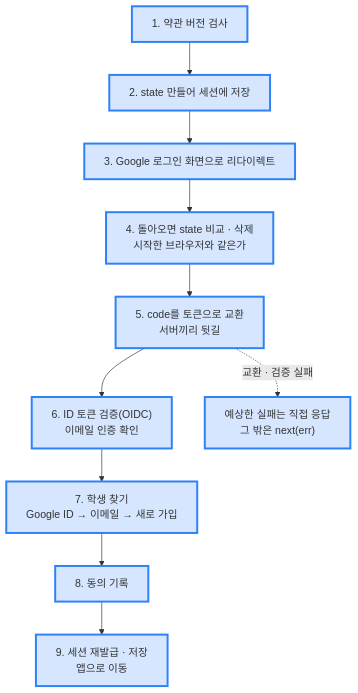
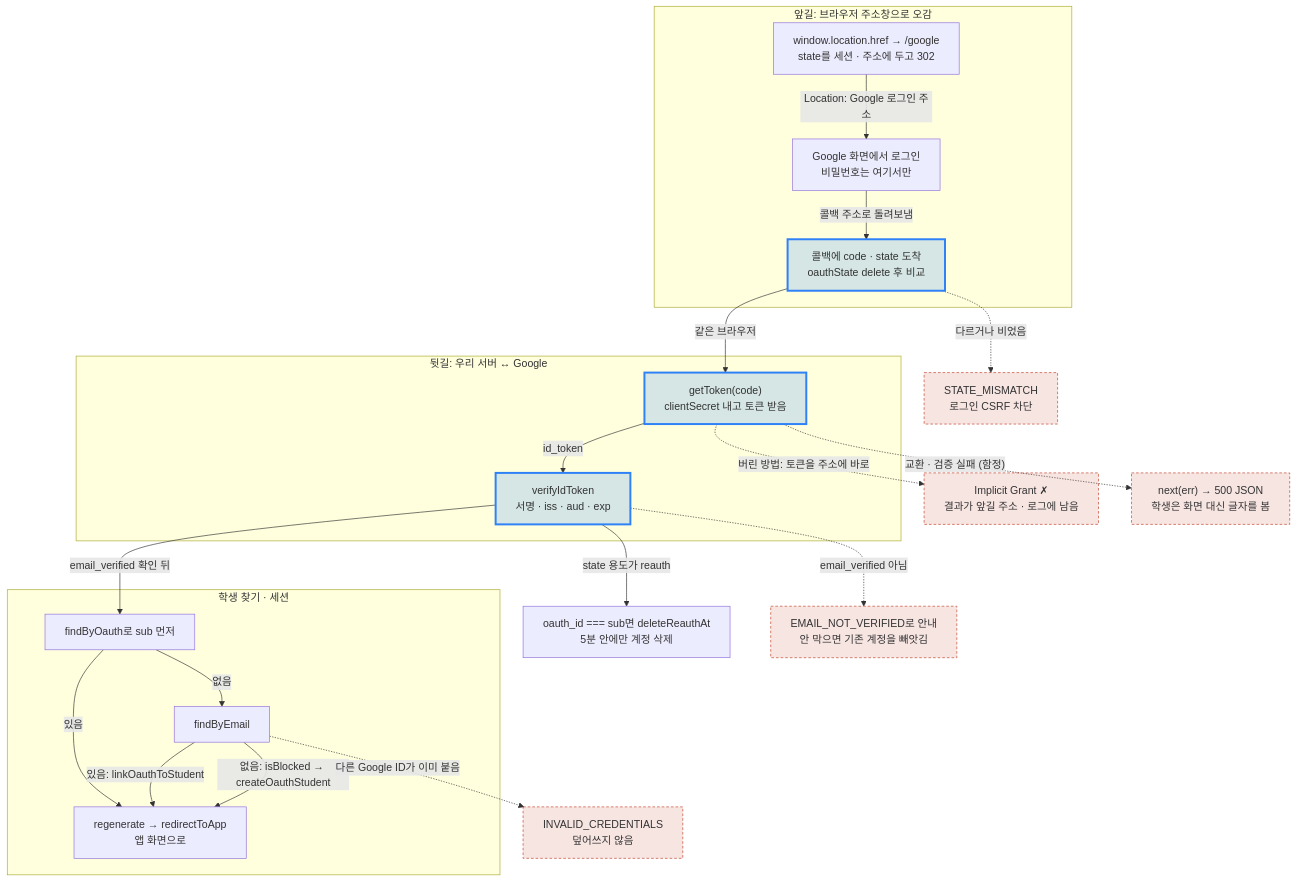
Before and after one commit to ChildrenAon/TIL: the first of 2 diagrams in 2026/November/11-12.md, drawn with Mermaid. The commit also changed other lines of this file, not shown here.

Commit message:
[ONE Student] Google 로그인 [JavaScript] 클래스와 객체 · 객체 구조분해
고침: 맨 위 그림을 그날 내용이 담긴 그림 한 장으로 바꿈

````diff
--- a/2026/November/11-12.md
+++ b/2026/November/11-12.md
@@ -19,12 +20,32 @@
 ```mermaid
 %%{init: {"flowchart": {"wrappingWidth": 600}, "themeCSS": ".edgeLabel div { display: table-cell !important; width: auto !important; max-width: none !important; white-space: nowrap !important; } .edgeLabel p { padding: 5px 12px !important; margin: 0 !important; background: #55555599; } .edgeLabel, .edgeLabel span, .edgeLabel .labelBkg { background: transparent !important; }"}}%%
 flowchart TD
-  A["1. 약관 버전 검사"] --> B["2. state 만들어 세션에 저장"]
-  B --> C["3. Google 로그인 화면으로 리다이렉트"] --> D["4. 돌아오면 state 비교 · 삭제<br/>시작한 브라우저와 같은가"]
-  D --> E["5. code를 토큰으로 교환<br/>서버끼리 뒷길"] --> F["6. ID 토큰 검증(OIDC)<br/>이메일 인증 확인"]
-  F --> G["7. 학생 찾기<br/>Google ID → 이메일 → 새로 가입"] --> H["8. 동의 기록"]
-  H --> I["9. 세션 재발급 · 저장<br/>앱으로 이동"]
-  E -.->|"교환 · 검증 실패"| ERR["예상한 실패는 직접 응답<br/>그 밖은 next(err)"]
+  subgraph FRONT["앞길: 브라우저 주소창으로 오감"]
+    A["window.location.href → /google<br/>state를 세션 · 주소에 두고 302"]
+    A -->|"Location: Google 로그인 주소"| C["Google 화면에서 로그인<br/>비밀번호는 여기서만"]
+    C -->|"콜백 주소로 돌려보냄"| D["콜백에 code · state 도착<br/>oauthState delete 후 비교"]
+  end
+  subgraph BACK["뒷길: 우리 서버 ↔ Google"]
+    E["getToken(code)<br/>clientSecret 내고 토큰 받음"]
+    E -->|"id_token"| F["verifyIdToken<br/>서명 · iss · aud · exp"]
+  end
+  subgraph FIND["학생 찾기 · 세션"]
+    G["findByOauth로 sub 먼저"]
+    G -->|"있음"| S["regenerate → redirectToApp<br/>앱 화면으로"]
+    G -->|"없음"| H["findByEmail"]
+    H -->|"있음: linkOauthToStudent"| S
+    H -->|"없음: isBlocked → createOauthStudent"| S
+  end
+  D -->|"같은 브라우저"| E
+  F -->|"email_verified 확인 뒤"| G
+  F -->|"state 용도가 reauth"| R["oauth_id === sub면 deleteReauthAt<br/>5분 안에만 계정 삭제"]
+  D -.->|"다르거나 비었음"| XD["STATE_MISMATCH<br/>로그인 CSRF 차단"]
+  E -.->|"버린 방법: 토큰을 주소에 바로"| XE["Implicit Grant ✗<br/>결과가 앞길 주소 · 로그에 남음"]
+  E -.->|"교환 · 검증 실패 (함정)"| XN["next(err) → 500 JSON<br/>학생은 화면 대신 글자를 봄"]
+  F -.->|"email_verified 아님"| XF["EMAIL_NOT_VERIFIED로 안내<br/>안 막으면 기존 계정을 빼앗김"]
+  H -.->|"다른 Google ID가 이미 붙음"| XH["INVALID_CREDENTIALS<br/>덮어쓰지 않음"]
   classDef seen fill:#2f81f733,stroke:#2f81f7,stroke-width:3px
-  class A,B,C,D,E,F,G,H,I,ERR seen
+  classDef bad fill:#c2402a22,stroke:#c2402a,stroke-dasharray:4 3
+  class D,E,F seen
+  class XD,XE,XN,XF,XH bad
 ```
````
